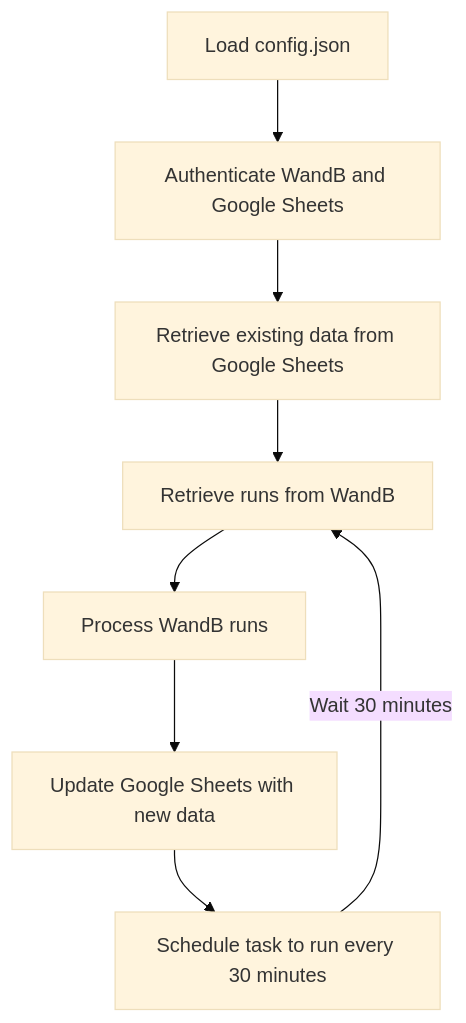
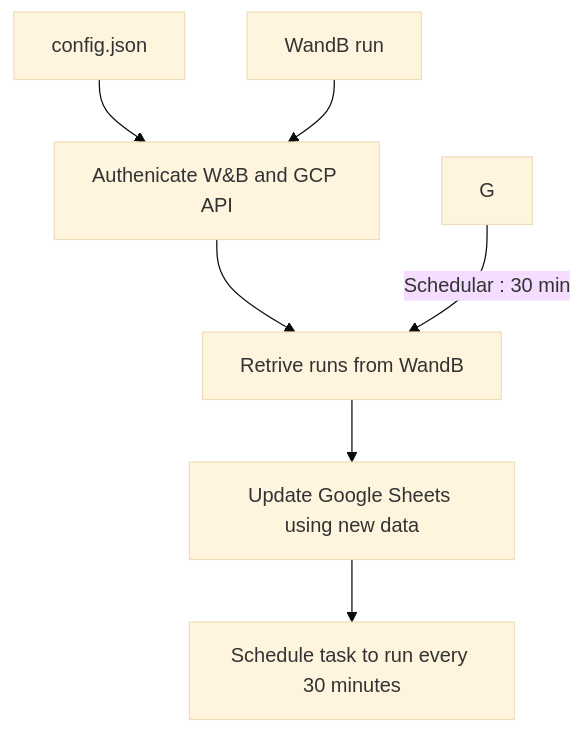
The diagram in README.md (taeyoung1005/wandb-spreadsheet-sync), drawn with Mermaid (base theme) before and after one commit. The commit also changed other lines of this file, not shown here.

````diff
--- a/README.md
+++ b/README.md
@@ -12,11 +13,10 @@
 ```mermaid
 flowchart TD
-    A[Load config.json] --> B[Authenticate WandB and Google Sheets]
-    B --> C[Retrieve existing data from Google Sheets]
-    C --> D[Retrieve runs from WandB]
-    D --> E[Process WandB runs]
-    E --> F[Update Google Sheets with new data]
-    F --> G[Schedule task to run every 30 minutes]
+    A[config.json] --> C
+    B[WandB run] --> C[Authenicate W&B and GCP API]
+    C --> D[Retrive runs from WandB]
+    D --> E[Update Google Sheets using new data]
+    E --> F[Schedule task to run every 30 minutes]
 
-    G --> |Wait 30 minutes| D
+    G --> |Schedular : 30 min| D
 ```
````
